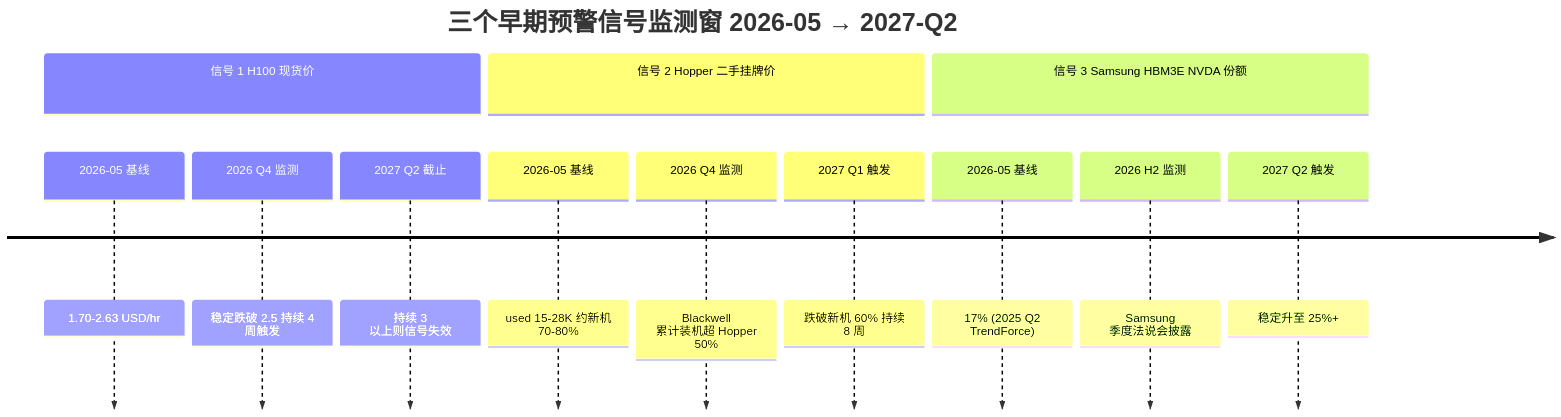
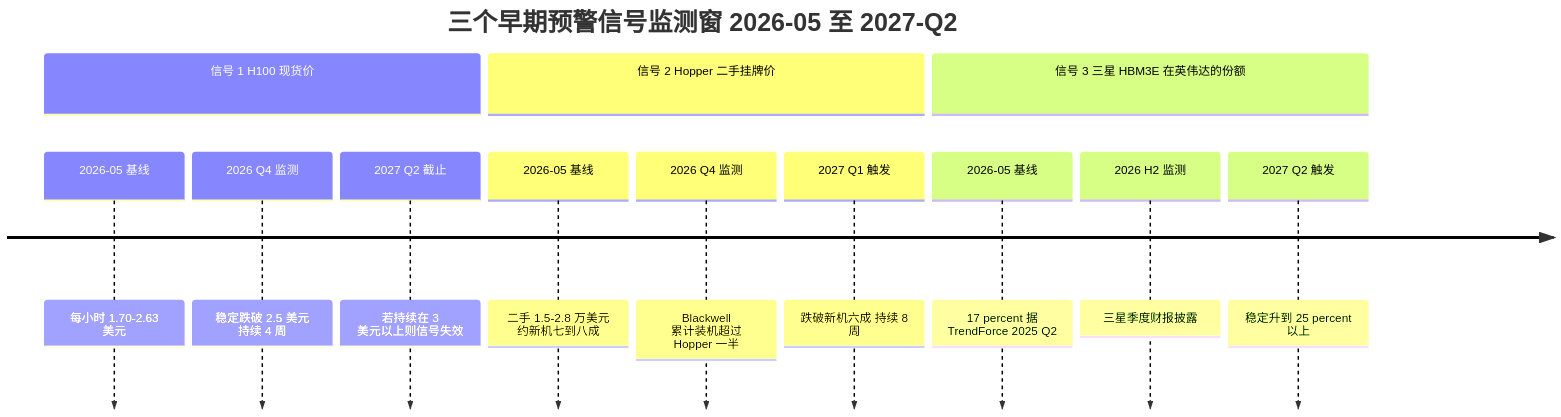
One commit to diguike/book-compute-economics changed the fourth of 4 diagrams in book/12-2027-inflection/README.md. Above: the diagram before and after it, drawn with Mermaid. The commit also changed other lines of this file and 33 other files, not shown here.

````diff
--- a/book/12-2027-inflection/README.md
+++ b/book/12-2027-inflection/README.md
@@ -275,16 +328,16 @@
 ```mermaid
 timeline
-    title 三个早期预警信号监测窗 2026-05 → 2027-Q2
+    title 三个早期预警信号监测窗 2026-05 至 2027-Q2
     section 信号 1 H100 现货价
-        2026-05 基线 : 1.70-2.63 USD/hr
-        2026 Q4 监测 : 稳定跌破 2.5 持续 4 周触发
-        2027 Q2 截止 : 持续 3 以上则信号失效
+        2026-05 基线 : 每小时 1.70-2.63 美元
+        2026 Q4 监测 : 稳定跌破 2.5 美元 持续 4 周
+        2027 Q2 截止 : 若持续在 3 美元以上则信号失效
     section 信号 2 Hopper 二手挂牌价
-        2026-05 基线 : used 15-28K 约新机 70-80%
-        2026 Q4 监测 : Blackwell 累计装机超 Hopper 50%
-        2027 Q1 触发 : 跌破新机 60% 持续 8 周
-    section 信号 3 Samsung HBM3E NVDA 份额
-        2026-05 基线 : 17% (2025 Q2 TrendForce)
-        2026 H2 监测 : Samsung 季度法说会披露
-        2027 Q2 触发 : 稳定升至 25%+
+        2026-05 基线 : 二手 1.5-2.8 万美元 约新机七到八成
+        2026 Q4 监测 : Blackwell 累计装机超过 Hopper 一半
+        2027 Q1 触发 : 跌破新机六成 持续 8 周
+    section 信号 3 三星 HBM3E 在英伟达的份额
+        2026-05 基线 : 17 percent 据 TrendForce 2025 Q2
+        2026 H2 监测 : 三星季度财报披露
+        2027 Q2 触发 : 稳定升到 25 percent 以上
 ```
````
